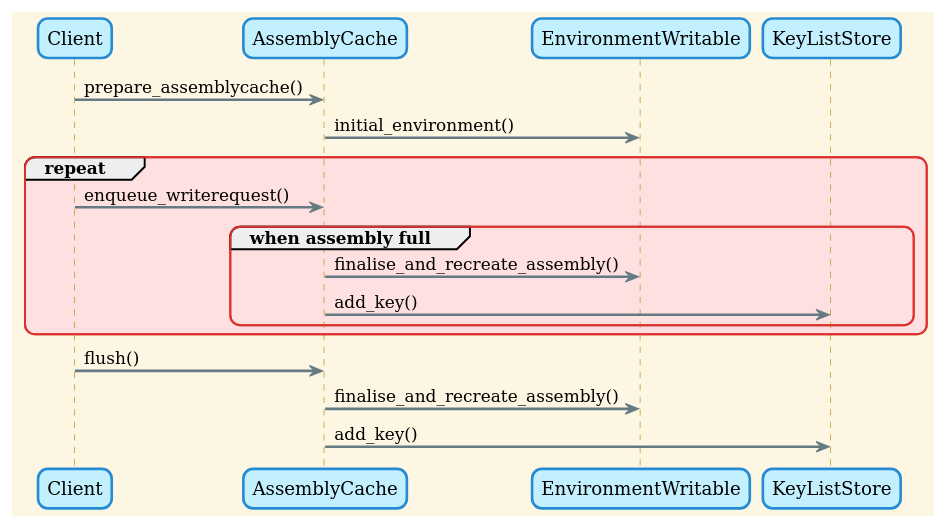
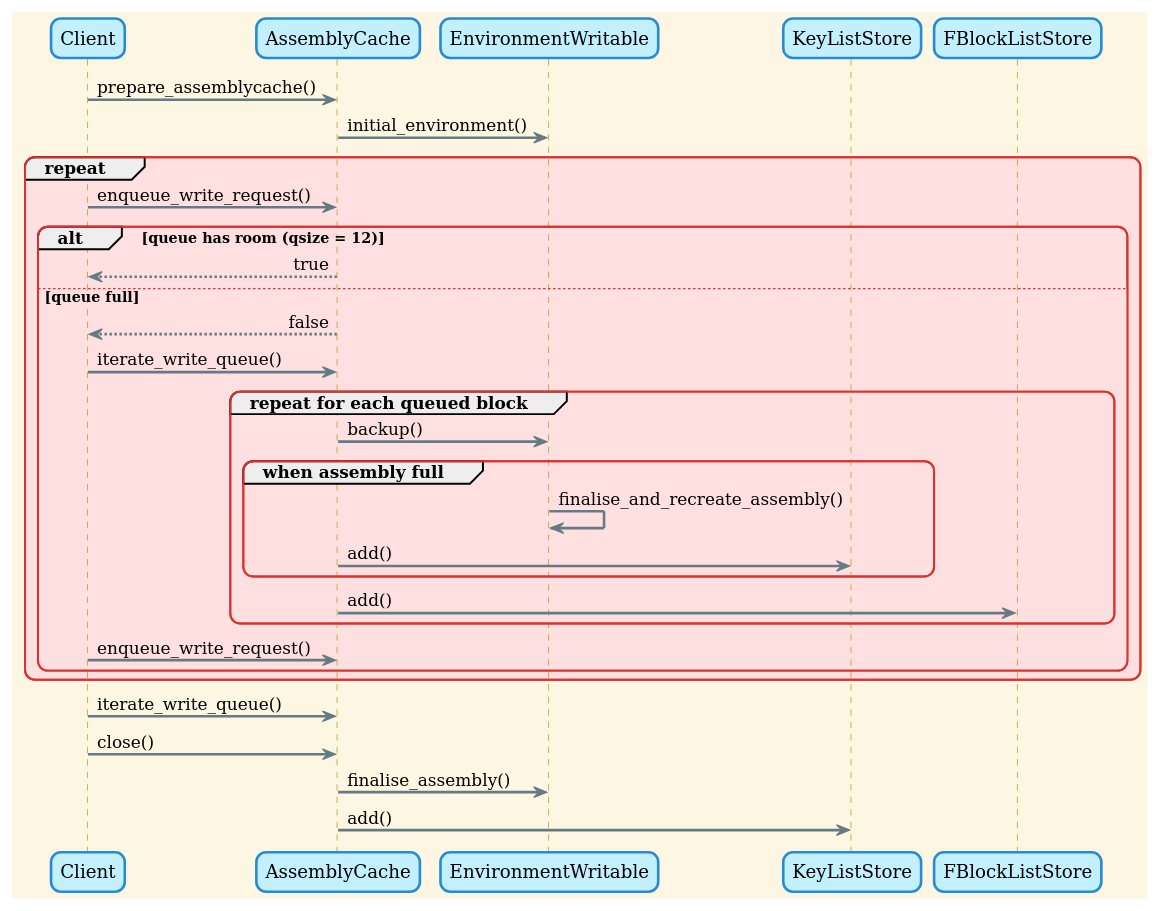
The third of 5 diagrams in services.uml/assemblycache.puml (eLyKseeR/modelling), drawn with PlantUML before and after one commit. The commit also changed other lines of this file and 40 other files, not shown here.

```diff
--- a/services.uml/assemblycache.puml
+++ b/services.uml/assemblycache.puml
@@ -52,18 +100,30 @@
-@startuml asssemblycache write usage
+@startuml assemblycache write usage
 
 !theme sunlust
 
 Client -> AssemblyCache : prepare_assemblycache()
 AssemblyCache -> EnvironmentWritable : initial_environment()
 group repeat
-    Client -> AssemblyCache : enqueue_writerequest()
-    group when assembly full
-        AssemblyCache -> EnvironmentWritable : finalise_and_recreate_assembly()
-        AssemblyCache -> KeyListStore : add_key()
+    Client -> AssemblyCache : enqueue_write_request()
+    alt queue has room (qsize = 12)
+        AssemblyCache --> Client : true
+    else queue full
+        AssemblyCache --> Client : false
+        Client -> AssemblyCache : iterate_write_queue()
+        group repeat for each queued block
+            AssemblyCache -> EnvironmentWritable : backup()
+            group when assembly full
+                EnvironmentWritable -> EnvironmentWritable : finalise_and_recreate_assembly()
+                AssemblyCache -> KeyListStore : add()
+            end
+            AssemblyCache -> FBlockListStore : add()
+        end
+        Client -> AssemblyCache : enqueue_write_request()
     end
 end
-Client -> AssemblyCache : flush()
-AssemblyCache -> EnvironmentWritable : finalise_and_recreate_assembly()
-AssemblyCache -> KeyListStore : add_key()
+Client -> AssemblyCache : iterate_write_queue()
+Client -> AssemblyCache : close()
+AssemblyCache -> EnvironmentWritable : finalise_assembly()
+AssemblyCache -> KeyListStore : add()
 
 @enduml
```
